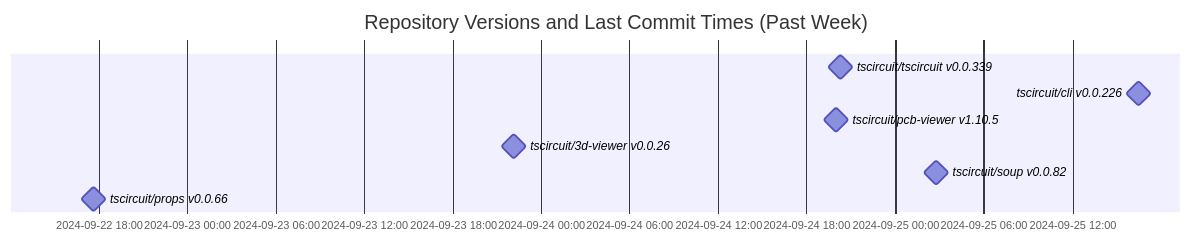
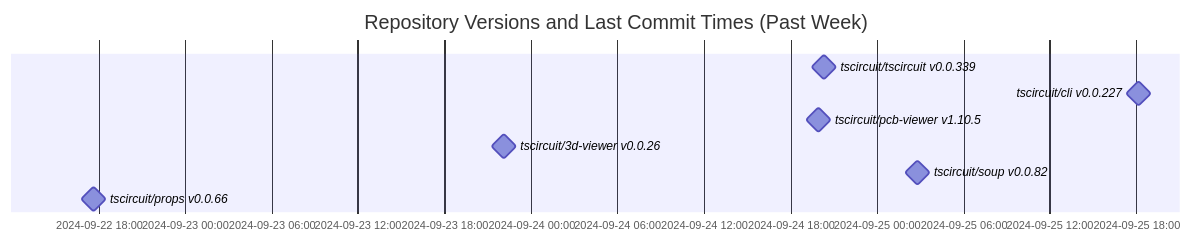
Before and after one commit to tscircuit/version-tracker: the diagram in README.md, drawn with Mermaid.

Commit message:
Update chart

````diff
--- a/README.md
+++ b/README.md
@@ -1,13 +1,13 @@
 ```mermaid
 gantt
   dateFormat  YYYY-MM-DD HH:mm:ss
   title Repository Versions and Last Commit Times (Past Week)
   axisFormat %Y-%m-%d %H:%M
 
   tscircuit/tscircuit v0.0.339 : milestone, 2024-09-24 20:18:14, 1s
-  tscircuit/cli v0.0.226 : milestone, 2024-09-25 16:30:25, 1s
+  tscircuit/cli v0.0.227 : milestone, 2024-09-25 18:09:04, 1s
   tscircuit/pcb-viewer v1.10.5 : milestone, 2024-09-24 19:58:10, 1s
   tscircuit/3d-viewer v0.0.26 : milestone, 2024-09-23 22:06:33, 1s
   tscircuit/soup v0.0.82 : milestone, 2024-09-25 02:48:20, 1s
   tscircuit/props v0.0.66 : milestone, 2024-09-22 17:38:44, 1s
 ```
````
